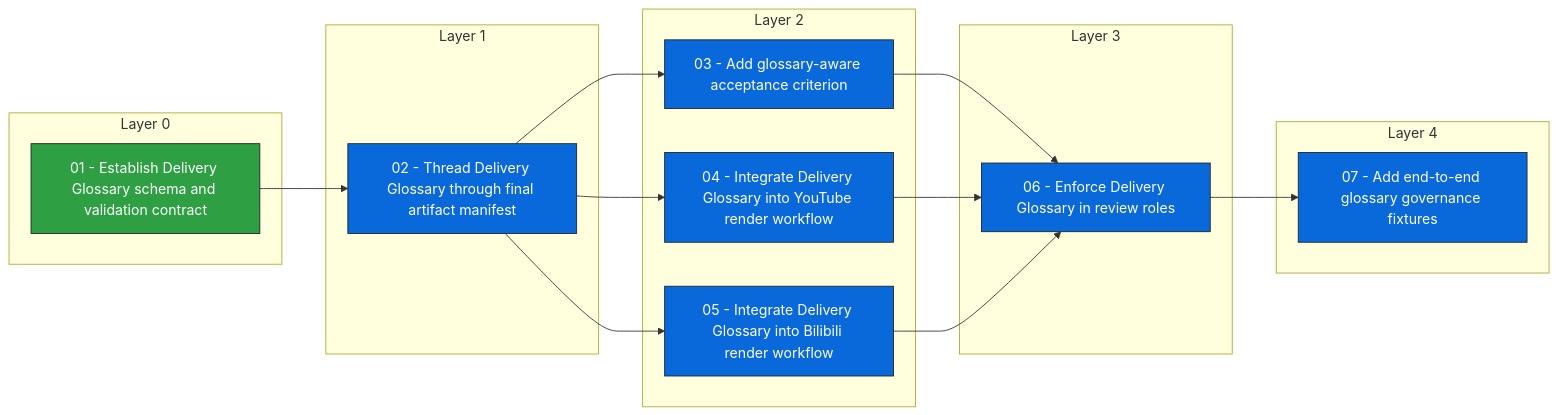
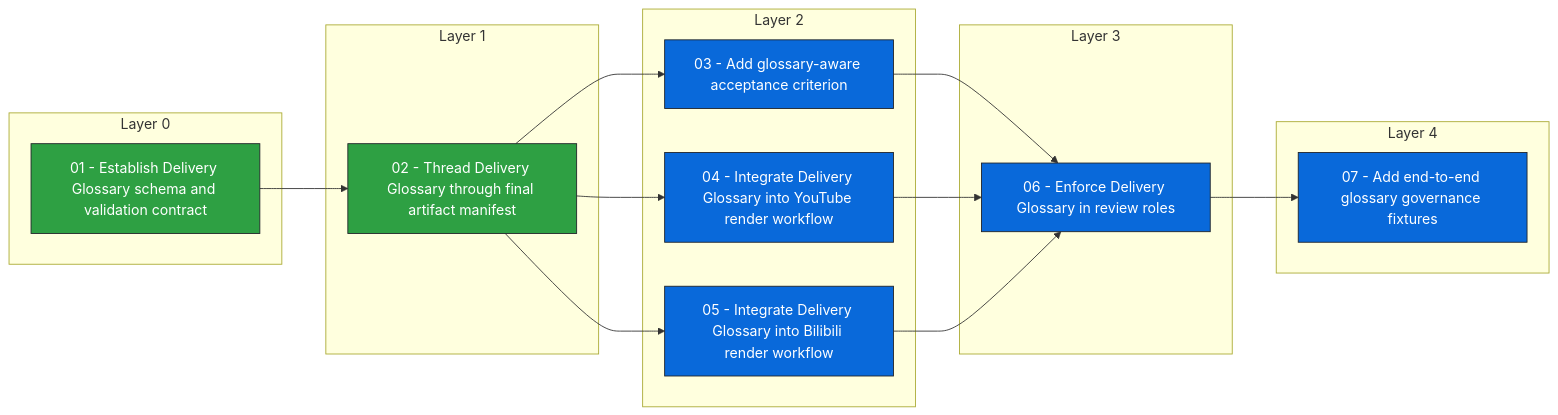
The diagram in docs/issues/_views/delivery-glossary-terminology-governance-dependencies.md (Nishijujuba/video2pdf), drawn with Mermaid before and after one commit. The commit also changed other lines of this file and 6 other files, not shown here.

Commit message:
Thread delivery glossary through acceptance manifest

````diff
--- a/docs/issues/_views/delivery-glossary-terminology-governance-dependencies.md
+++ b/docs/issues/_views/delivery-glossary-terminology-governance-dependencies.md
@@ -28,44 +27,44 @@
 ```mermaid
 flowchart LR
   subgraph layer_0["Layer 0"]
     n_01_establish_delivery_glossary_schema_and_validation_contract["01 - Establish Delivery Glossary schema and validation contract"]
   end
   subgraph layer_1["Layer 1"]
     n_02_thread_delivery_glossary_through_final_artifact_manifest["02 - Thread Delivery Glossary through final artifact manifest"]
   end
   subgraph layer_2["Layer 2"]
     n_03_add_glossary_aware_acceptance_criterion["03 - Add glossary-aware acceptance criterion"]
     n_04_integrate_delivery_glossary_into_youtube_render_workflow["04 - Integrate Delivery Glossary into YouTube render workflow"]
     n_05_integrate_delivery_glossary_into_bilibili_render_workflow["05 - Integrate Delivery Glossary into Bilibili render workflow"]
   end
   subgraph layer_3["Layer 3"]
     n_06_enforce_delivery_glossary_in_review_roles["06 - Enforce Delivery Glossary in review roles"]
   end
   subgraph layer_4["Layer 4"]
     n_07_add_end_to_end_glossary_governance_fixtures["07 - Add end-to-end glossary governance fixtures"]
   end
   n_01_establish_delivery_glossary_schema_and_validation_contract --> n_02_thread_delivery_glossary_through_final_artifact_manifest
   n_02_thread_delivery_glossary_through_final_artifact_manifest --> n_03_add_glossary_aware_acceptance_criterion
   n_02_thread_delivery_glossary_through_final_artifact_manifest --> n_04_integrate_delivery_glossary_into_youtube_render_workflow
   n_02_thread_delivery_glossary_through_final_artifact_manifest --> n_05_integrate_delivery_glossary_into_bilibili_render_workflow
   n_03_add_glossary_aware_acceptance_criterion --> n_06_enforce_delivery_glossary_in_review_roles
   n_04_integrate_delivery_glossary_into_youtube_render_workflow --> n_06_enforce_delivery_glossary_in_review_roles
   n_05_integrate_delivery_glossary_into_bilibili_render_workflow --> n_06_enforce_delivery_glossary_in_review_roles
   n_06_enforce_delivery_glossary_in_review_roles --> n_07_add_end_to_end_glossary_governance_fixtures
   class n_01_establish_delivery_glossary_schema_and_validation_contract done
-  class n_02_thread_delivery_glossary_through_final_artifact_manifest ready_for_agent
+  class n_02_thread_delivery_glossary_through_final_artifact_manifest done
   class n_03_add_glossary_aware_acceptance_criterion ready_for_agent
   class n_04_integrate_delivery_glossary_into_youtube_render_workflow ready_for_agent
   class n_05_integrate_delivery_glossary_into_bilibili_render_workflow ready_for_agent
   class n_06_enforce_delivery_glossary_in_review_roles ready_for_agent
   class n_07_add_end_to_end_glossary_governance_fixtures ready_for_agent
   classDef done fill:#2ea043,stroke:#1f2328,color:#ffffff
   classDef ready_for_agent fill:#0969da,stroke:#1f2328,color:#ffffff
   classDef ready_for_human fill:#8250df,stroke:#1f2328,color:#ffffff
   classDef in_progress fill:#d4a72c,stroke:#1f2328,color:#ffffff
   classDef blocked fill:#cf222e,stroke:#1f2328,color:#ffffff
   classDef in_review fill:#bc4c00,stroke:#1f2328,color:#ffffff
   classDef needs_info fill:#8c959f,stroke:#1f2328,color:#ffffff
   classDef needs_triage fill:#d0d7de,stroke:#1f2328,color:#ffffff
   classDef wontfix fill:#57606a,stroke:#1f2328,color:#ffffff
 ```
````
